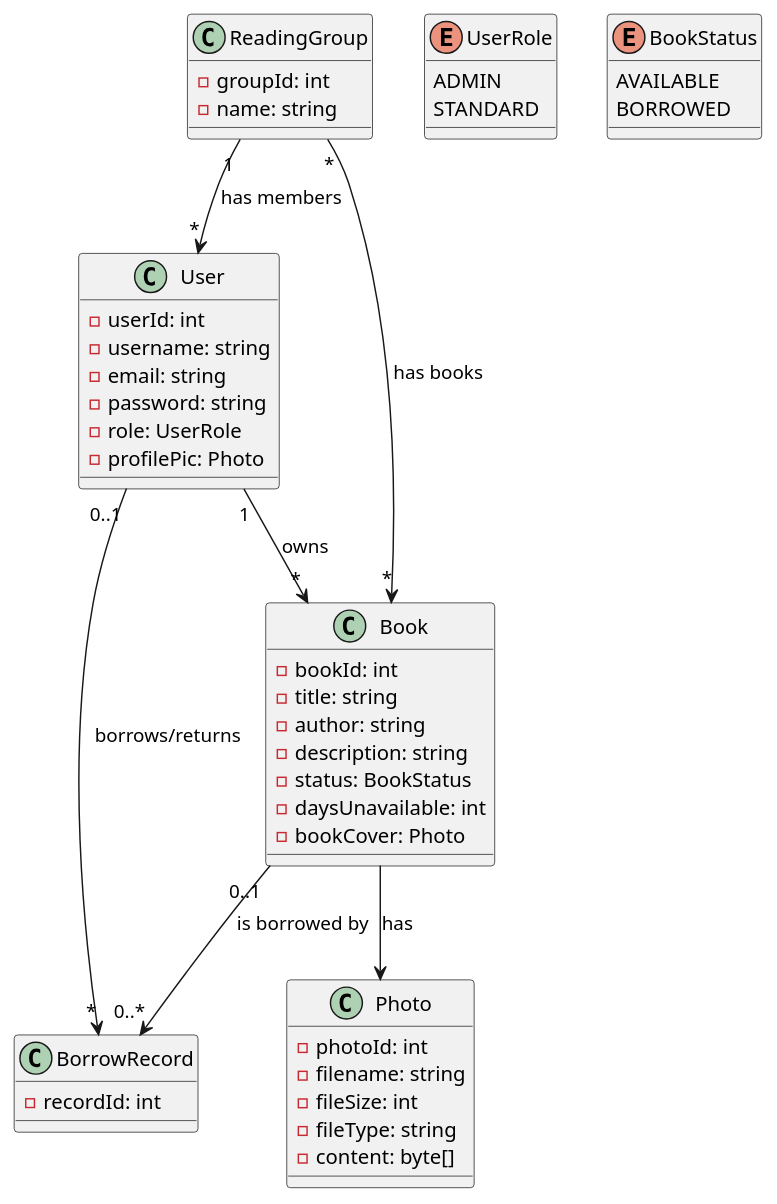
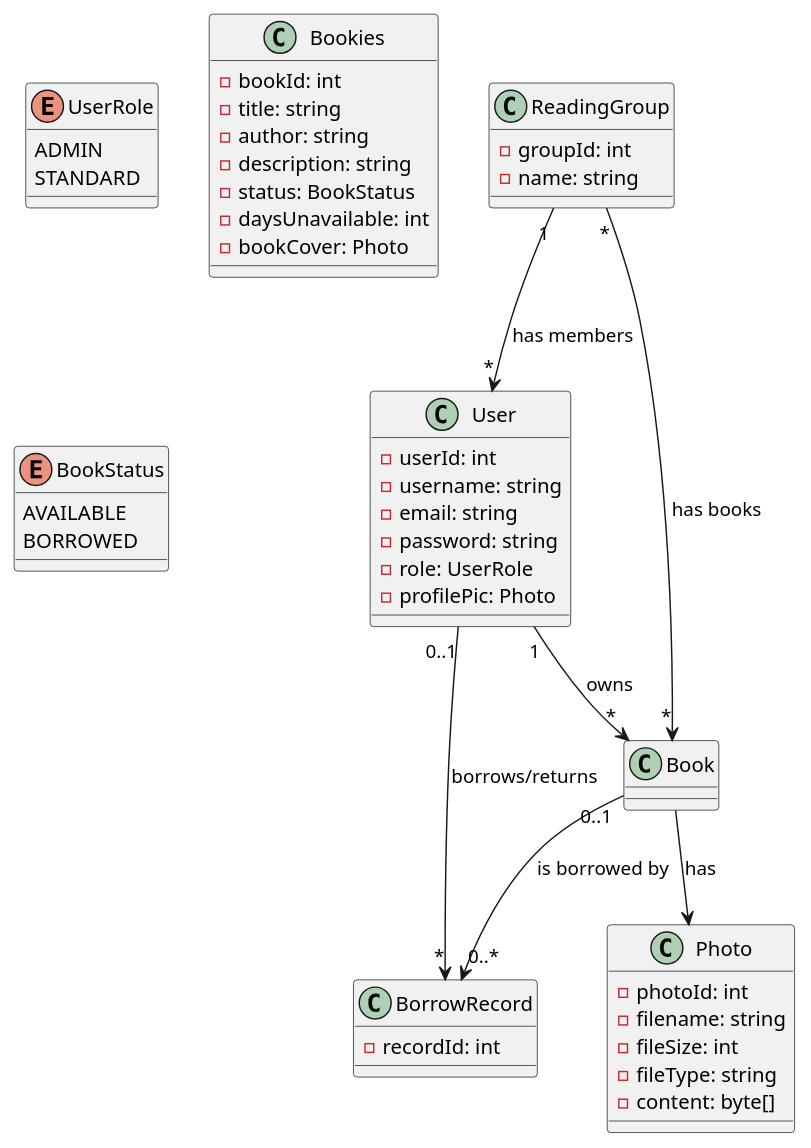
One commit to magdalinamihova/temp1 changed the diagram in src/main/plantuml/pos-project.puml. Above: the diagram before and after it, drawn with PlantUML.

Commit message:
is up to date with 'origin/master'.

```diff
--- a/src/main/plantuml/pos-project.puml
+++ b/src/main/plantuml/pos-project.puml
@@ -1,56 +1,56 @@
 @startuml
 
 class User {
   -userId: int
   -username: string
   -email: string
   -password: string
   -role: UserRole
   -profilePic: Photo
 }
 
 enum UserRole {
   ADMIN
   STANDARD
 }
 
-class Book {
+class Bookies {
   -bookId: int
   -title: string
   -author: string
   -description: string
   -status: BookStatus
   -daysUnavailable: int
   -bookCover: Photo
 }
 
 enum BookStatus {
   AVAILABLE
   BORROWED
 }
 
 class ReadingGroup {
   -groupId: int
   -name: string
 }
 
 class BorrowRecord {
   -recordId: int
 }
 
 class Photo {
   -photoId: int
   -filename: string
   -fileSize: int
   -fileType: string
   -content: byte[]
 }
 
 User "1" --> "*" Book : owns
 User "0..1" --> "*" BorrowRecord : borrows/returns
 Book "0..1" --> "0..*" BorrowRecord : is borrowed by
 Book --> Photo : has
 ReadingGroup "*" --> "*" Book : has books
 ReadingGroup "1" --> "*" User : has members
 
 @enduml
```
